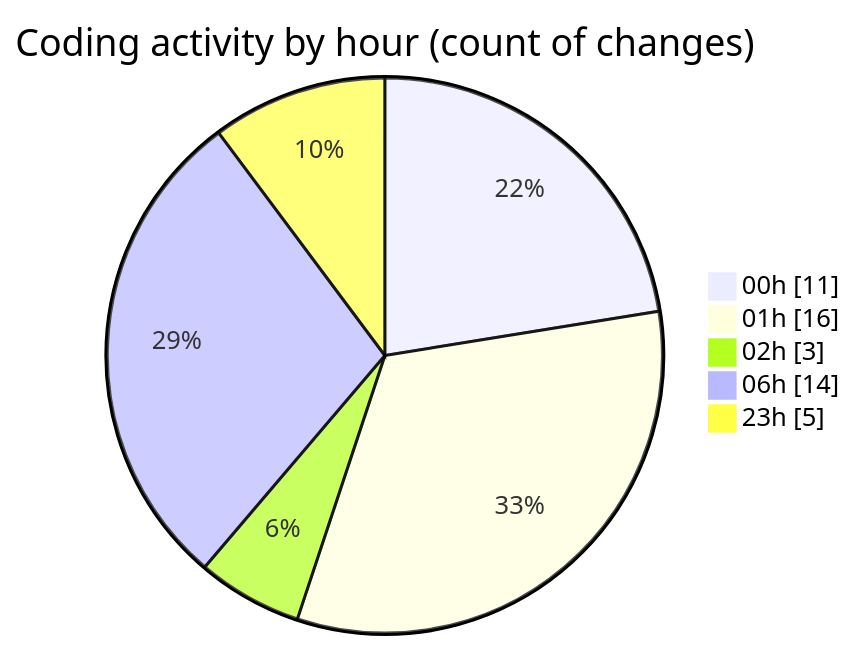
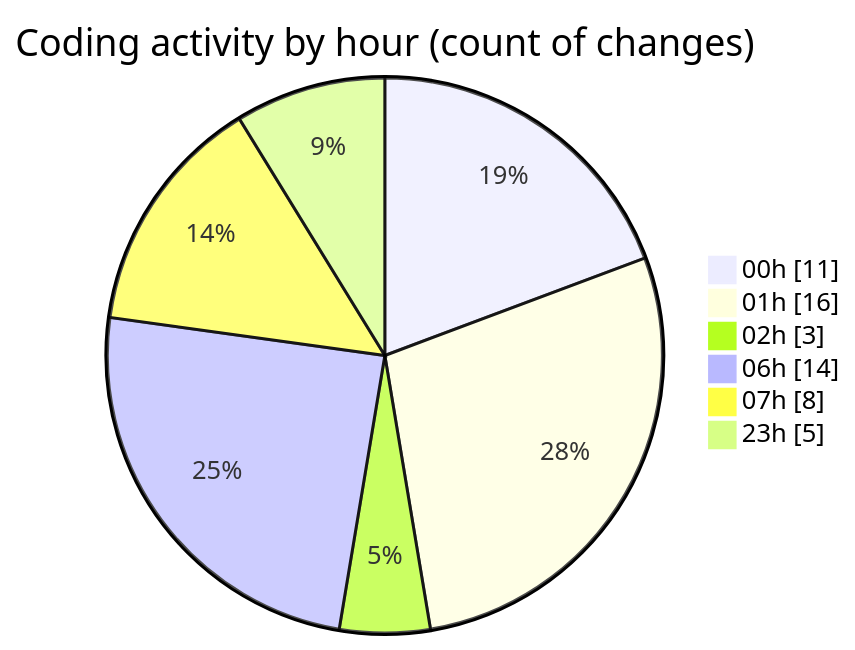
One commit to Elitesun/code-tracking changed the second of 2 diagrams in 2025-02-21/projet/README.md. Above: the diagram before and after it, drawn with Mermaid. The commit also changed other lines of this file and 1 other file, not shown here.

````diff
--- a/2025-02-21/projet/README.md
+++ b/2025-02-21/projet/README.md
@@ -37,9 +39,10 @@
 ```mermaid
 pie showData
 title Coding activity by hour (count of changes)
 "00h" : 11
 "01h" : 16
 "02h" : 3
 "06h" : 14
+"07h" : 8
 "23h" : 5
 ```
````
